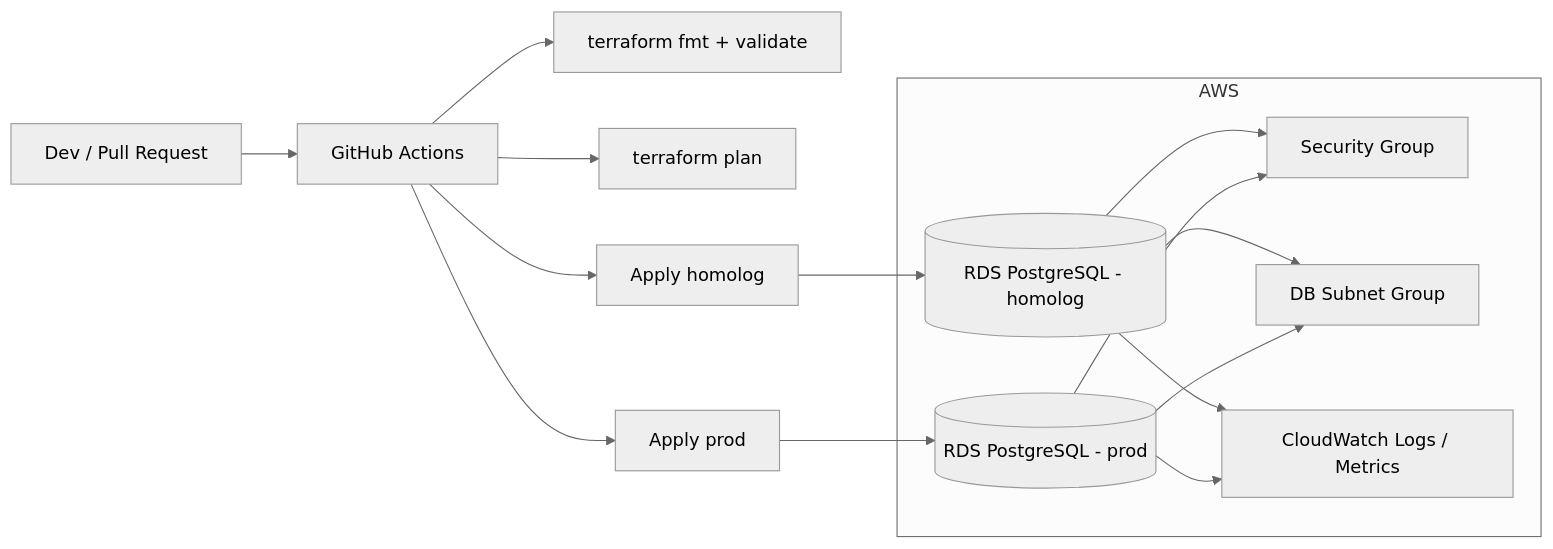
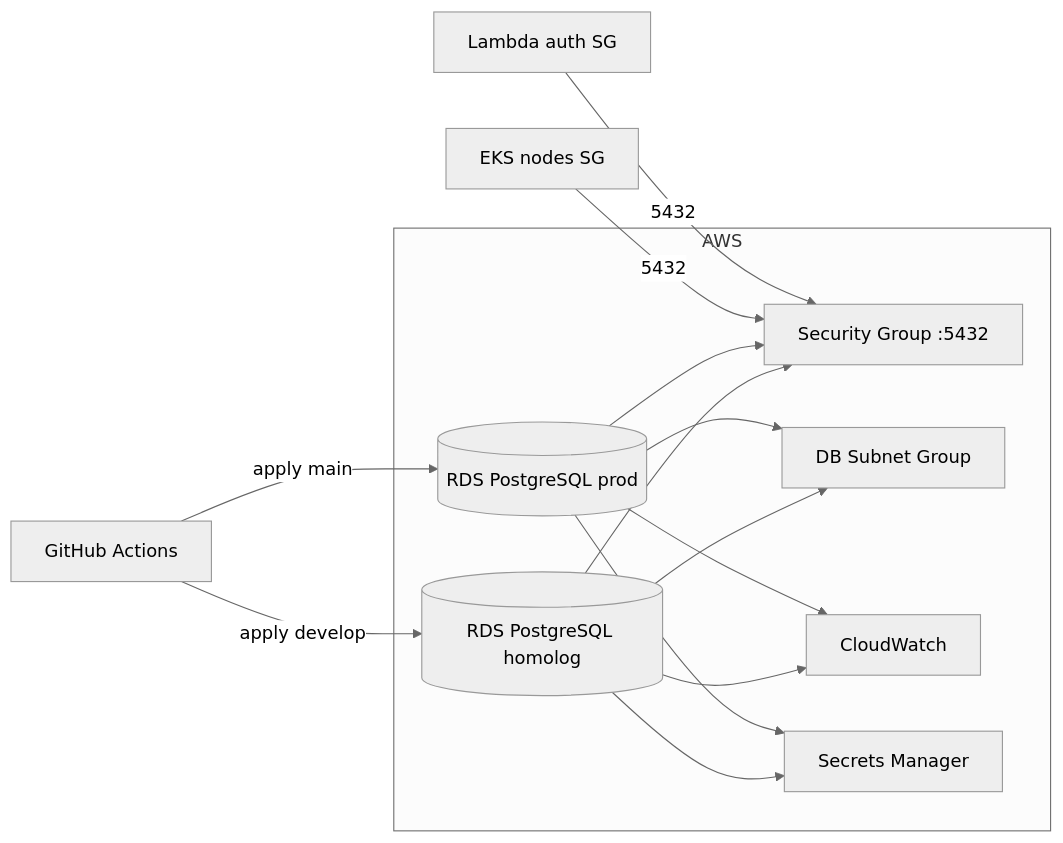
Before and after one commit to Zainequeiros/autoservice-infra-db: the first of 2 diagrams in README.md, drawn with Mermaid (neutral theme). The commit also changed other lines of this file and 1 other file, not shown here.

Commit message:
chore: align Terraform CI naming and README for Fase 3

````diff
--- a/README.md
+++ b/README.md
@@ -25,26 +59,25 @@
 ```mermaid
 flowchart LR
-    dev[Dev / Pull Request] --> gha[GitHub Actions]
-    gha --> validate[terraform fmt + validate]
-    gha --> plan[terraform plan]
-    gha --> applyHomolog[Apply homolog]
-    gha --> applyProd[Apply prod]
+  subgraph aws[AWS]
+    rdsHomolog[(RDS PostgreSQL homolog)]
+    rdsProd[(RDS PostgreSQL prod)]
+    sg[Security Group :5432]
+    subnet[DB Subnet Group]
+    cw[CloudWatch]
+    sm[Secrets Manager]
+  end
 
-    applyHomolog --> rdsHomolog[(RDS PostgreSQL - homolog)]
-    applyProd --> rdsProd[(RDS PostgreSQL - prod)]
+  gha[GitHub Actions] -->|apply develop| rdsHomolog
+  gha -->|apply main| rdsProd
+  rdsHomolog --> sg
+  rdsHomolog --> subnet
+  rdsHomolog --> cw
+  rdsHomolog --> sm
+  rdsProd --> sg
+  rdsProd --> subnet
+  rdsProd --> cw
+  rdsProd --> sm
 
-    subgraph aws[AWS]
-        rdsHomolog
-        rdsProd
-        sg[Security Group]
-        subnet[DB Subnet Group]
-        cw[CloudWatch Logs / Metrics]
-    end
-
-    rdsHomolog --> sg
-    rdsHomolog --> subnet
-    rdsHomolog --> cw
-    rdsProd --> sg
-    rdsProd --> subnet
-    rdsProd --> cw
+  eks[EKS nodes SG] -->|5432| sg
+  lambda[Lambda auth SG] -->|5432| sg
 ```
````
